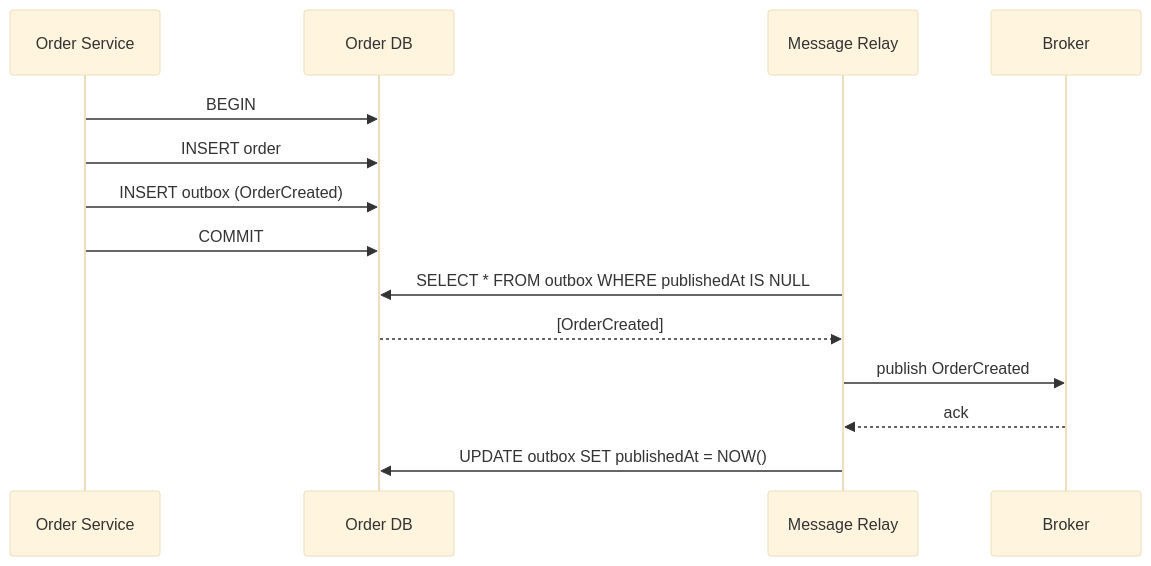
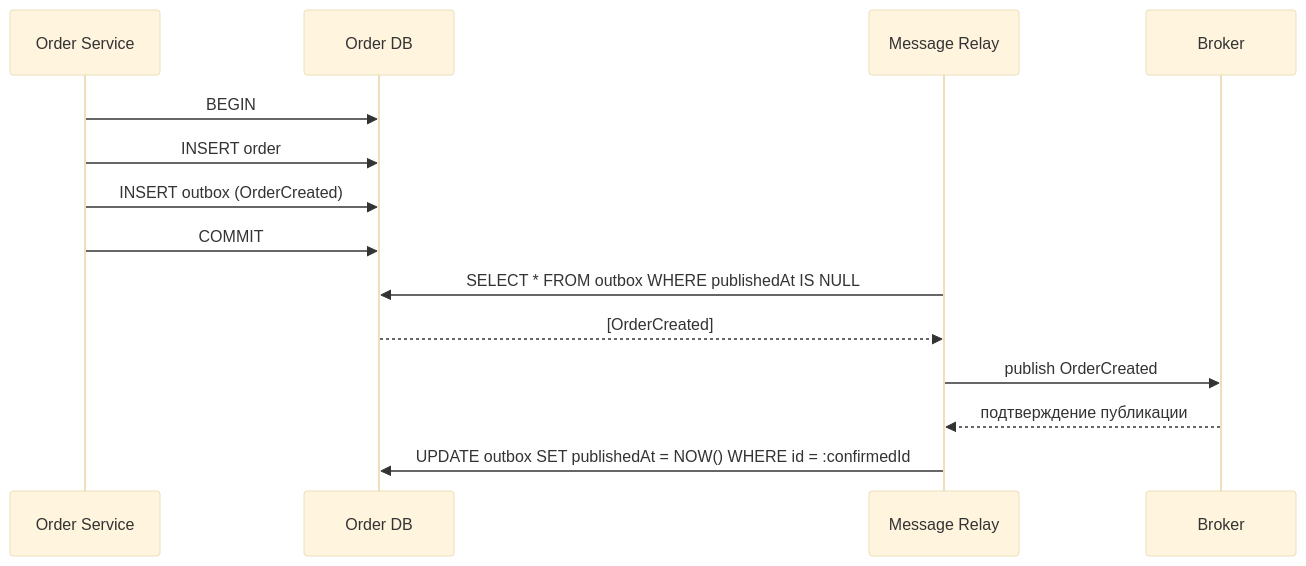
Before and after one commit to Kert0n/KPO: the seventh of 15 diagrams in content/lectures/Lec12/vitepress.md, drawn with Mermaid (base theme). The commit also changed other lines of this file, not shown here.

````diff
--- a/content/lectures/Lec12/vitepress.md
+++ b/content/lectures/Lec12/vitepress.md
@@ -763,17 +569,17 @@
 ```mermaid
 sequenceDiagram
     participant App as Order Service
     participant DB as Order DB
     participant Relay as Message Relay
     participant Broker as Broker
 
     App->>DB: BEGIN
     App->>DB: INSERT order
     App->>DB: INSERT outbox (OrderCreated)
     App->>DB: COMMIT
     Relay->>DB: SELECT * FROM outbox WHERE publishedAt IS NULL
     DB-->>Relay: [OrderCreated]
     Relay->>Broker: publish OrderCreated
-    Broker-->>Relay: ack
-    Relay->>DB: UPDATE outbox SET publishedAt = NOW()
+    Broker-->>Relay: подтверждение публикации
+    Relay->>DB: UPDATE outbox SET publishedAt = NOW() WHERE id = :confirmedId
 ```
````
